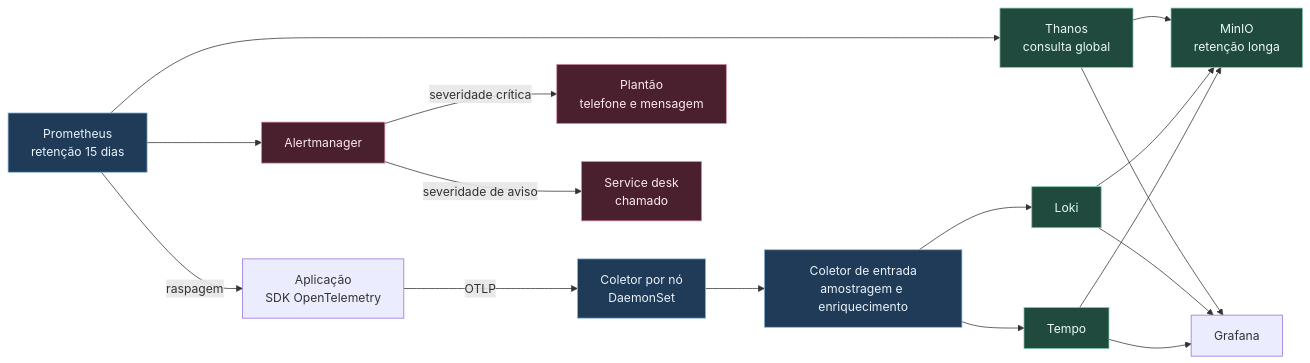
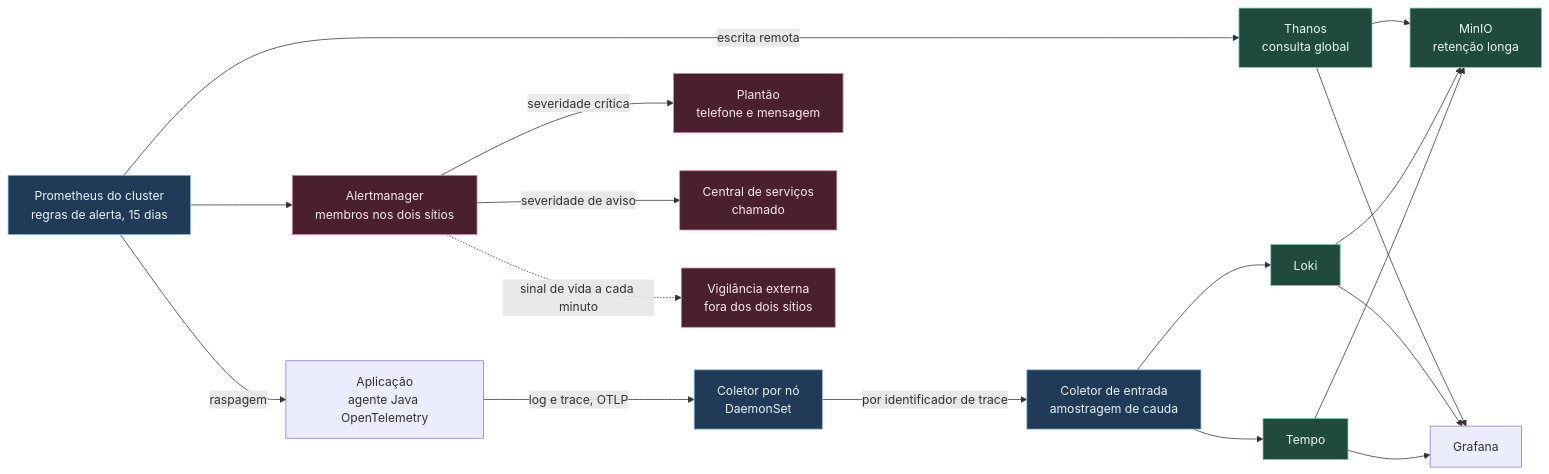
One commit to DiegoAmorimDev/plataforma-entrega-sefaz changed the diagram in docs/04-observabilidade.md. Above: the diagram before and after it, drawn with Mermaid. The commit also changed other lines of this file and 10 other files, not shown here.

````diff
--- a/docs/04-observabilidade.md
+++ b/docs/04-observabilidade.md
@@ -15,40 +16,42 @@
 ```mermaid
 flowchart LR
-    APP["Aplicação<br/>SDK OpenTelemetry"]
+    APP["Aplicação<br/>agente Java OpenTelemetry"]
     NODE["Coletor por nó<br/>DaemonSet"]
-    GW["Coletor de entrada<br/>amostragem e enriquecimento"]
-    PROM["Prometheus<br/>retenção 15 dias"]
+    GW["Coletor de entrada<br/>amostragem de cauda"]
+    PROM["Prometheus do cluster<br/>regras de alerta, 15 dias"]
+    AM["Alertmanager<br/>membros nos dois sítios"]
     THA["Thanos<br/>consulta global"]
     LOKI["Loki"]
     TEMPO["Tempo"]
     MINIO["MinIO<br/>retenção longa"]
     GRAF["Grafana"]
-    AM["Alertmanager"]
     ZAP["Plantão<br/>telefone e mensagem"]
-    SD["Service desk<br/>chamado"]
+    SD["Central de serviços<br/>chamado"]
+    VIG["Vigilância externa<br/>fora dos dois sítios"]
 
-    APP -->|OTLP| NODE
-    NODE --> GW
+    APP -->|log e trace, OTLP| NODE
+    NODE -->|por identificador de trace| GW
     GW --> LOKI
     GW --> TEMPO
     PROM -->|raspagem| APP
-    PROM --> THA
+    PROM -->|escrita remota| THA
     THA --> MINIO
     LOKI --> MINIO
     TEMPO --> MINIO
 
     THA --> GRAF
     LOKI --> GRAF
     TEMPO --> GRAF
 
     PROM --> AM
     AM -->|severidade crítica| ZAP
     AM -->|severidade de aviso| SD
+    AM -.->|sinal de vida a cada minuto| VIG
 
     classDef col fill:#1f3b57,stroke:#8fb8de,color:#eaf2fa
     classDef arm fill:#1f4a3d,stroke:#7fc8ab,color:#eafaf3
     classDef saida fill:#4a1f2e,stroke:#d98fa6,color:#fae9ef
     class NODE,GW,PROM col
     class THA,LOKI,TEMPO,MINIO arm
-    class AM,ZAP,SD saida
+    class AM,ZAP,SD,VIG saida
 ```
````
